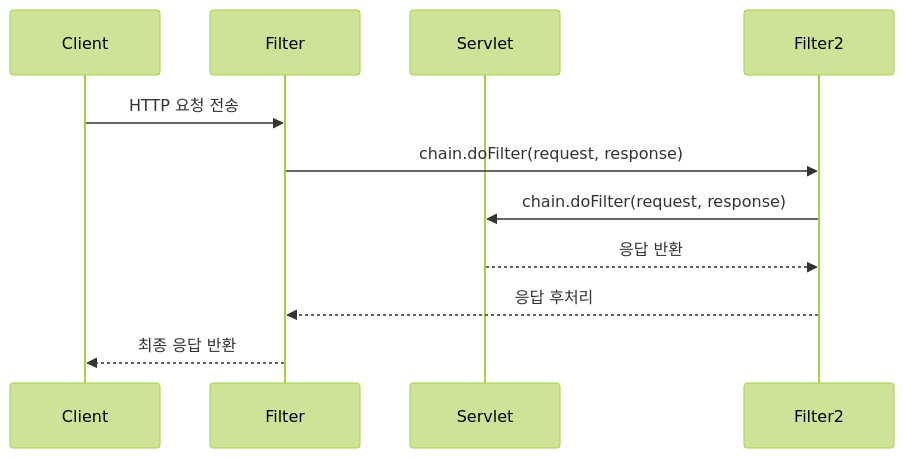
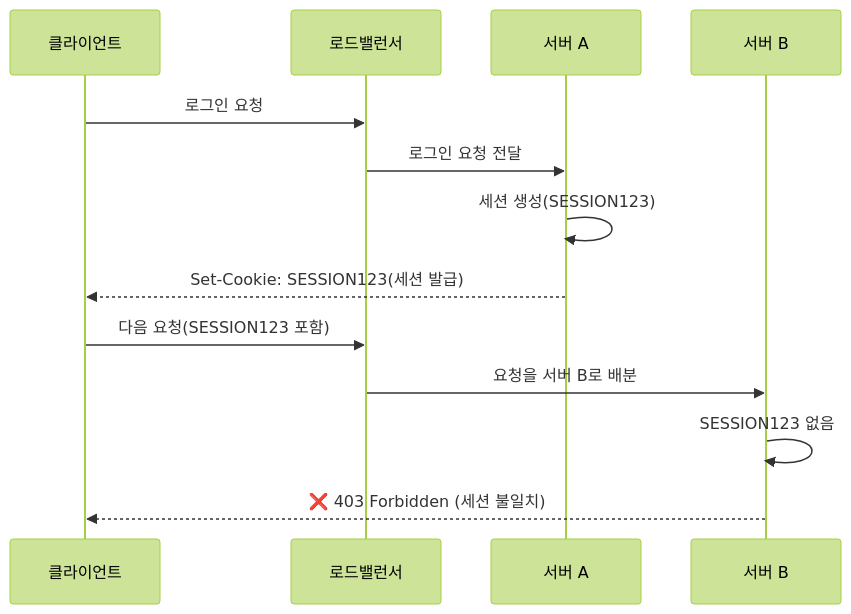
One commit to star1431/backend changed the first of 4 diagrams in src/week_13/_1110/1110내용.md. Above: the diagram before and after it, drawn with Mermaid (forest theme). The commit also changed other lines of this file and 3 other files, not shown here.

````diff
--- a/src/week_13/_1110/1110내용.md
+++ b/src/week_13/_1110/1110내용.md
@@ -590,14 +46,17 @@
 ```mermaid
 sequenceDiagram
-    participant Client
-    participant Filter
-    participant Servlet
-    participant Filter2
+    participant Client as 클라이언트
+    participant LB as 로드밸런서
+    participant ServerA as 서버 A
+    participant ServerB as 서버 B
 
-    Client->>Filter: HTTP 요청 전송
-    Filter->>Filter2: chain.doFilter(request, response)
-    Filter2->>Servlet: chain.doFilter(request, response)
-    Servlet-->>Filter2: 응답 반환
-    Filter2-->>Filter: 응답 후처리
-    Filter-->>Client: 최종 응답 반환
+    Client->>LB: 로그인 요청
+    LB->>ServerA: 로그인 요청 전달
+    ServerA->>ServerA: 세션 생성(SESSION123)
+    ServerA-->>Client: Set-Cookie: SESSION123(세션 발급)
+
+    Client->>LB: 다음 요청(SESSION123 포함)
+    LB->>ServerB: 요청을 서버 B로 배분
+    ServerB->>ServerB: SESSION123 없음
+    ServerB-->>Client: ❌ 403 Forbidden (세션 불일치)
 ```
````
